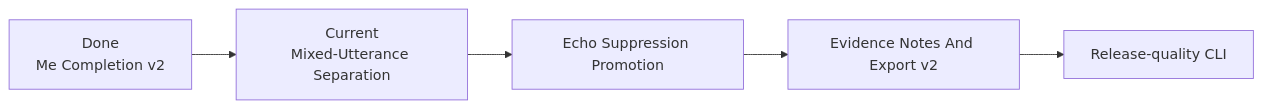
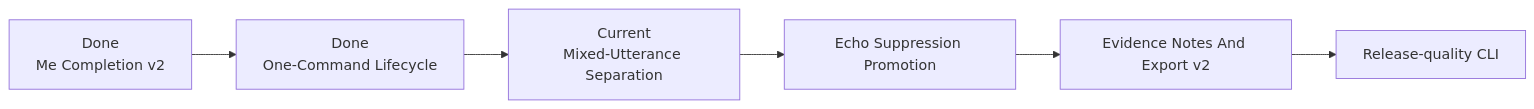
The second of 4 diagrams in docs/roadmap/murmurmark-cli-roadmap.md (asukhodko/murmurmark), drawn with Mermaid before and after one commit. The commit also changed other lines of this file and 22 other files, not shown here.

Commit message:
feat: add one-command meeting lifecycle

````diff
--- a/docs/roadmap/murmurmark-cli-roadmap.md
+++ b/docs/roadmap/murmurmark-cli-roadmap.md
@@ -69,10 +76,11 @@
 ```mermaid
 flowchart LR
     P["Done<br/>Me Completion v2"]
+    L["Done<br/>One-Command Lifecycle"]
     A["Current<br/>Mixed-Utterance Separation"]
     B["Echo Suppression Promotion"]
     C["Evidence Notes And Export v2"]
     D["Release-quality CLI"]
 
-    P --> A --> B --> C --> D
+    P --> L --> A --> B --> C --> D
 ```
````
